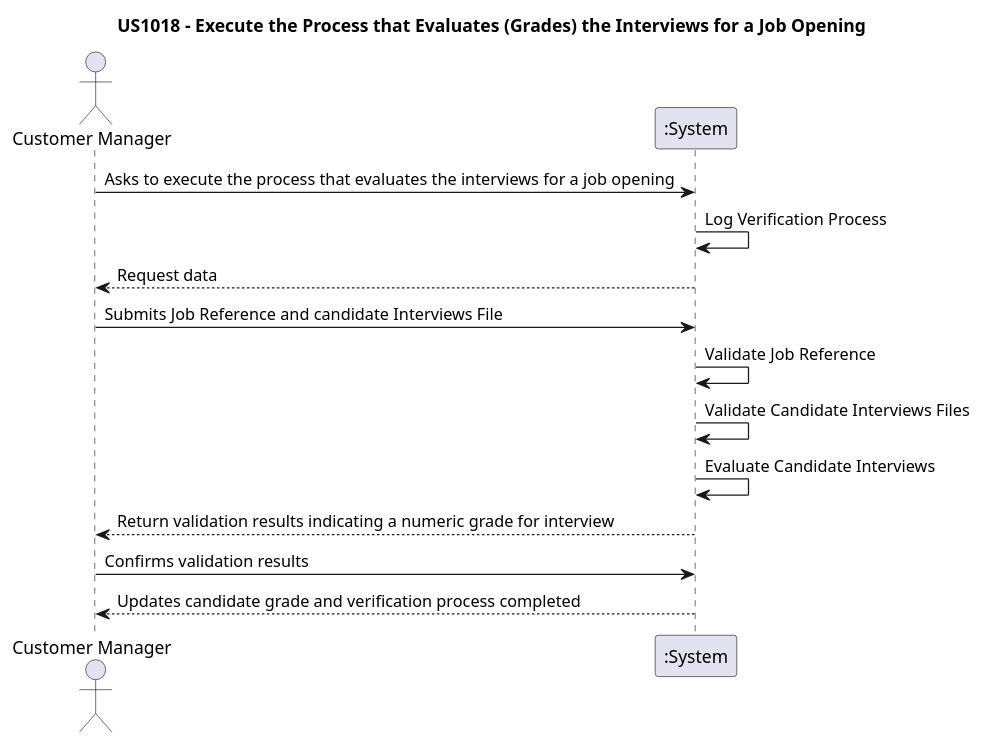
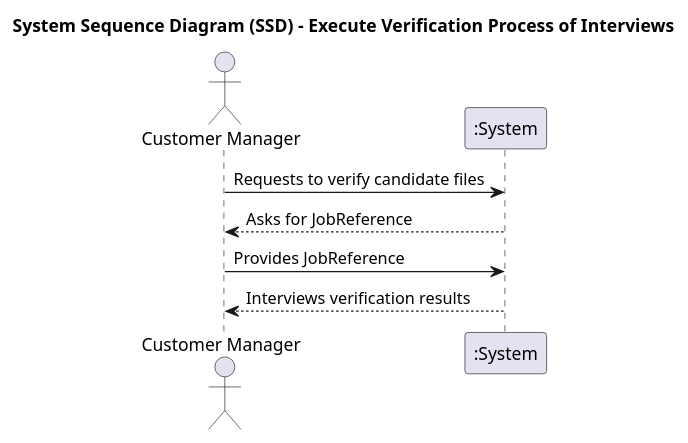
Before and after one commit to Mendoncaa/LAPR4: the diagram in docs/sprintC/US1018/01.requirements-engineering/puml/SSD.puml, drawn with PlantUML. The commit also changed 7 other files, not shown here.

```diff
--- a/docs/sprintC/US1018/01.requirements-engineering/puml/SSD.puml
+++ b/docs/sprintC/US1018/01.requirements-engineering/puml/SSD.puml
@@ -1,20 +1,13 @@
 @startuml
 
-title US1018 - Execute the Process that Evaluates (Grades) the Interviews for a Job Opening
+title System Sequence Diagram (SSD) - Execute Verification Process of Interviews
 
 actor "Customer Manager" as CM
 participant ":System" as S
 
-CM -> S : Asks to execute the process that evaluates the interviews for a job opening
-S -> S : Log Verification Process
-S --> CM : Request data
-CM -> S : Submits Job Reference and candidate Interviews File
-S -> S : Validate Job Reference
-S -> S : Validate Candidate Interviews Files
-S -> S : Evaluate Candidate Interviews
-S --> CM : Return validation results indicating a numeric grade for interview
-
-CM -> S : Confirms validation results
-S --> CM : Updates candidate grade and verification process completed
+CM -> S : Requests to verify candidate files
+S --> CM : Asks for JobReference
+CM -> S : Provides JobReference
+S --> CM : Interviews verification results
 
 @enduml
```
